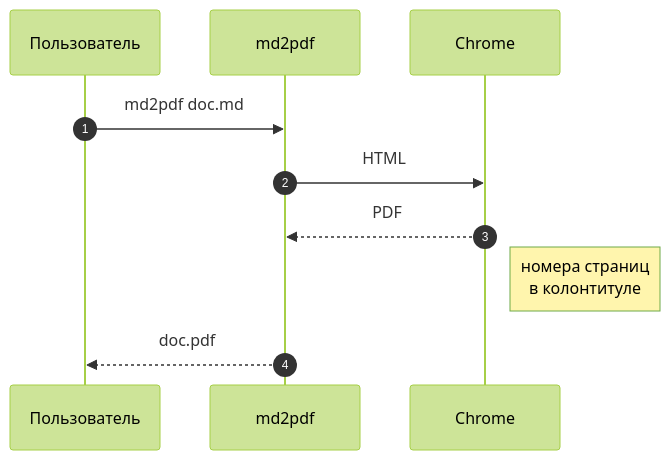
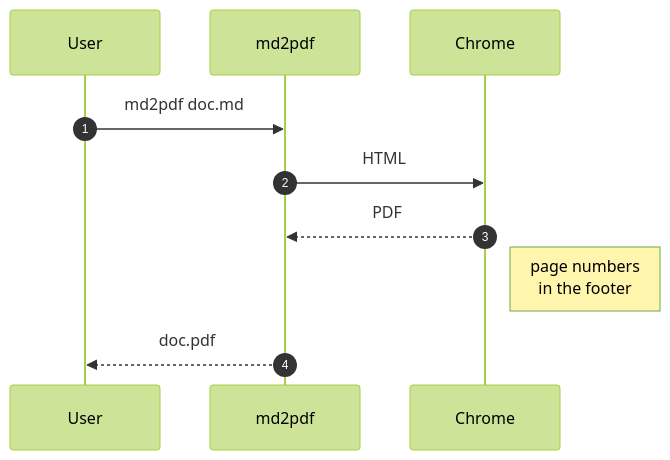
Before and after one commit to Kseen715/md2pdfX: the second of 8 diagrams in examples/mermaid.md, drawn with Mermaid (forest theme). The commit also changed other lines of this file and 25 other files, not shown here.

````diff
--- a/examples/mermaid.md
+++ b/examples/mermaid.md
@@ -20,12 +20,12 @@
 ```mermaid
 sequenceDiagram
     autonumber
-    participant U as Пользователь
+    participant U as User
     participant M as md2pdf
     participant C as Chrome
     U->>M: md2pdf doc.md
     M->>C: HTML
     C-->>M: PDF
-    Note right of C: номера страниц<br/>в колонтитуле
+    Note right of C: page numbers<br/>in the footer
     M-->>U: doc.pdf
 ```
````
